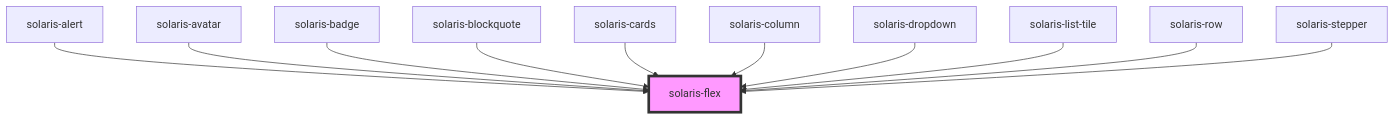
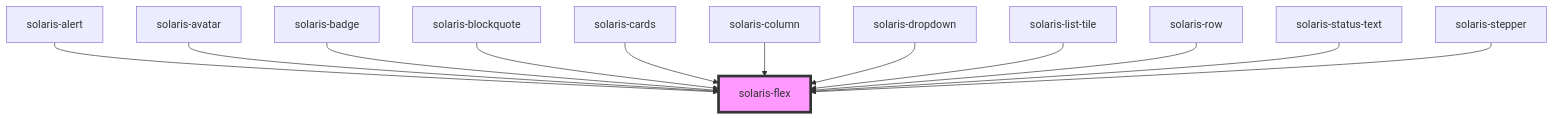
Before and after one commit to Lynxgsm/solaris-design-system: the diagram in packages/solaris-core/src/components/solaris-flex/readme.md, drawn with Mermaid. The commit also changed other lines of this file and 24 other files, not shown here.

Commit message:
fixed status text

````diff
--- a/packages/solaris-core/src/components/solaris-flex/readme.md
+++ b/packages/solaris-core/src/components/solaris-flex/readme.md
@@ -35,14 +36,15 @@
 ```mermaid
 graph TD;
   solaris-alert --> solaris-flex
   solaris-avatar --> solaris-flex
   solaris-badge --> solaris-flex
   solaris-blockquote --> solaris-flex
   solaris-cards --> solaris-flex
   solaris-column --> solaris-flex
   solaris-dropdown --> solaris-flex
   solaris-list-tile --> solaris-flex
   solaris-row --> solaris-flex
+  solaris-status-text --> solaris-flex
   solaris-stepper --> solaris-flex
   style solaris-flex fill:#f9f,stroke:#333,stroke-width:4px
 ```
````
